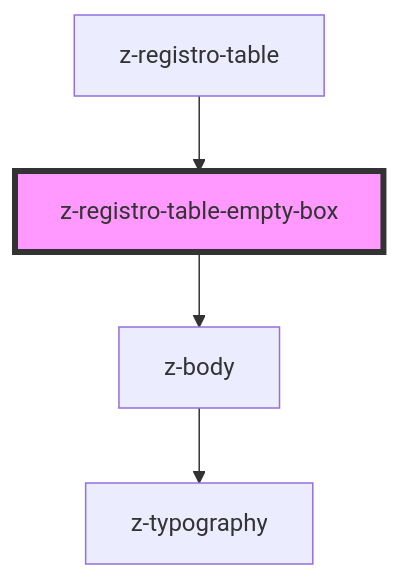
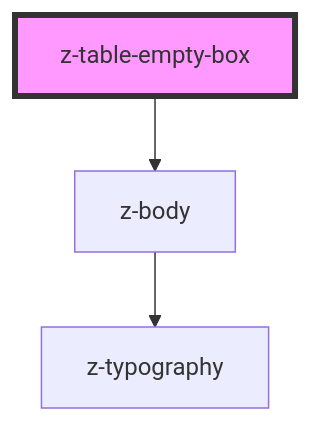
The diagram in src/components/z-table/z-table-empty-box/readme.md (ZanichelliEditore/design-system), drawn with Mermaid before and after one commit. The commit also changed other lines of this file and 10 other files, not shown here.

````diff
--- a/src/components/z-table/z-table-empty-box/readme.md
+++ b/src/components/z-table/z-table-empty-box/readme.md
@@ -25,7 +21,6 @@
 ```mermaid
 graph TD;
-  z-registro-table-empty-box --> z-body
+  z-table-empty-box --> z-body
   z-body --> z-typography
-  z-registro-table --> z-registro-table-empty-box
-  style z-registro-table-empty-box fill:#f9f,stroke:#333,stroke-width:4px
+  style z-table-empty-box fill:#f9f,stroke:#333,stroke-width:4px
 ```
````
